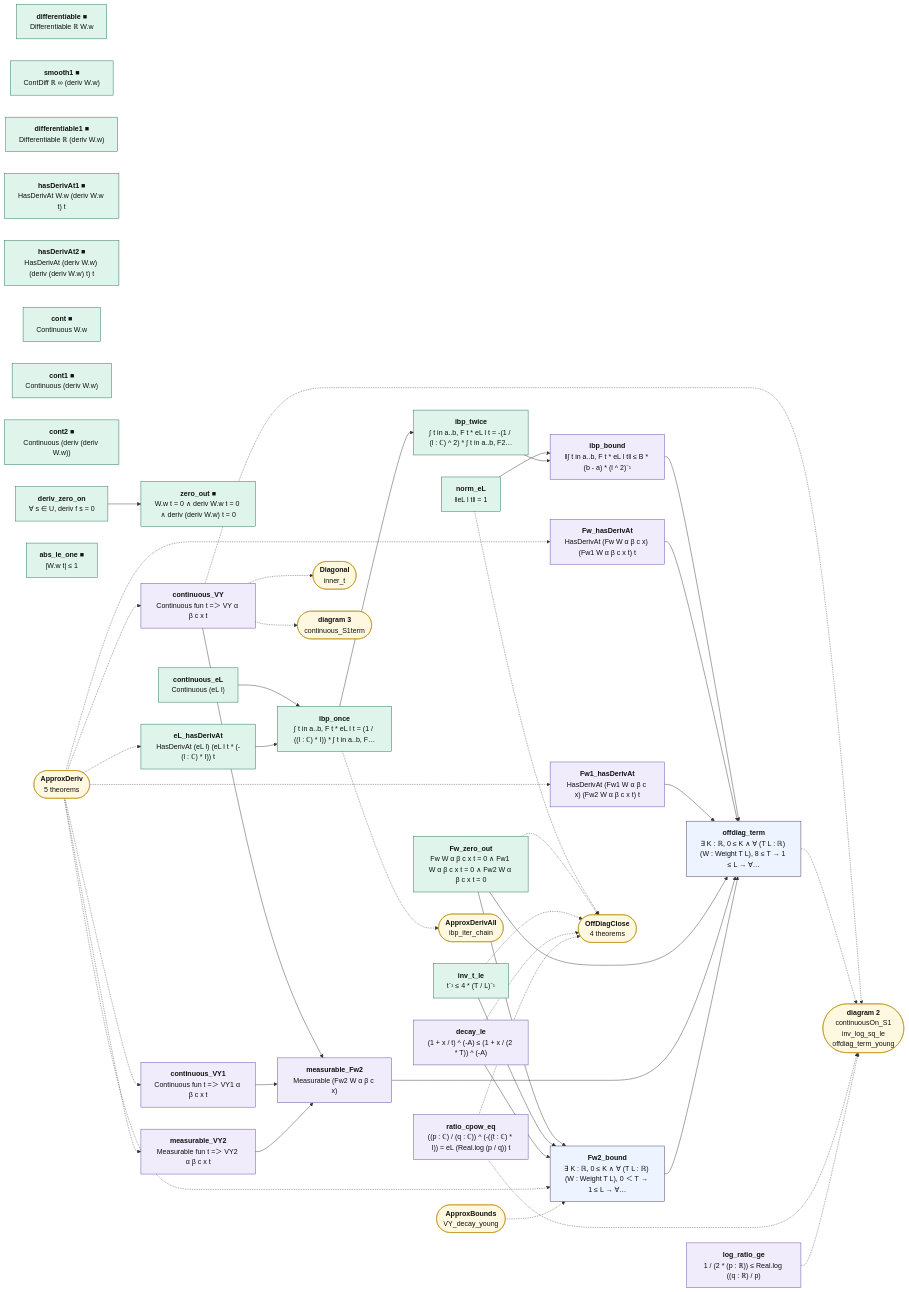
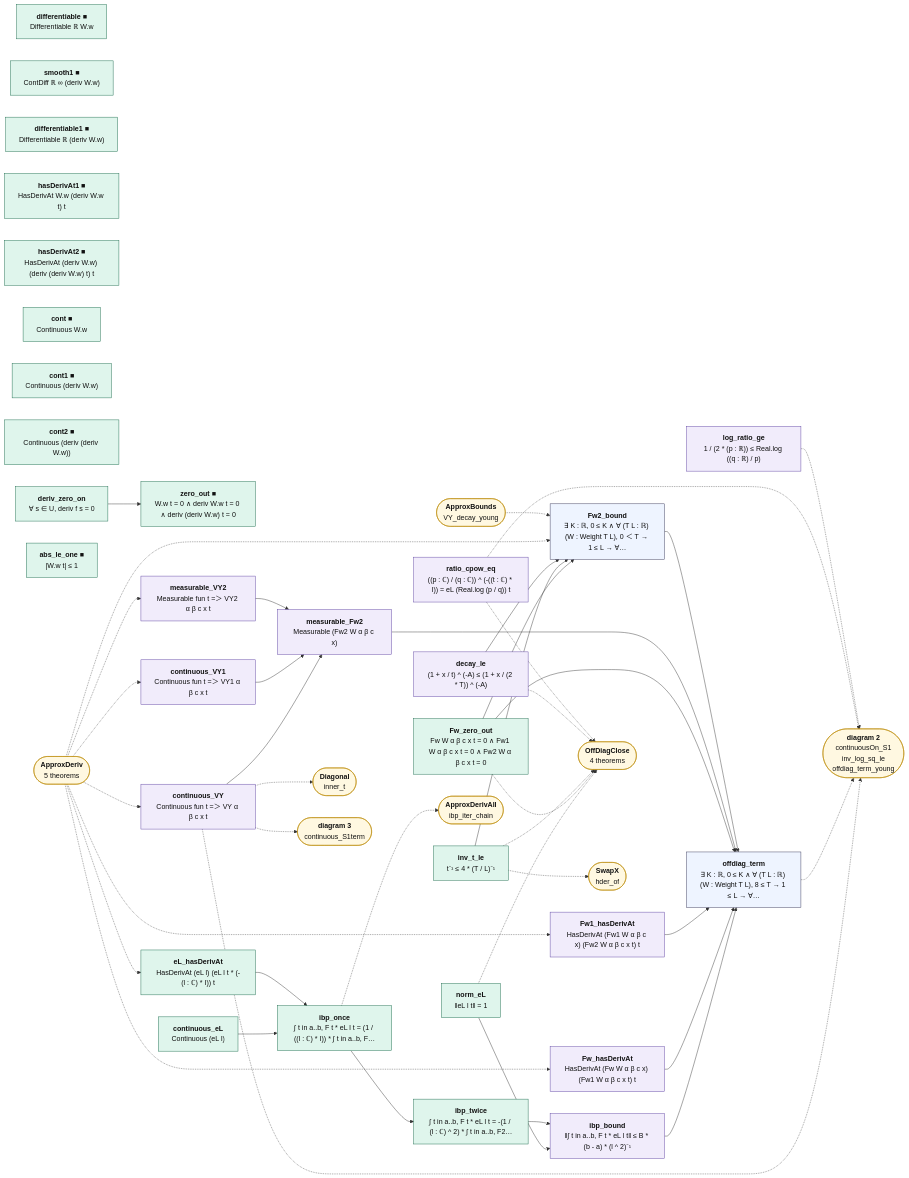
The diagram in map/lean_stage3/TwistedMoment.1.mmd (juliansambranojr/Primebeat_081426), drawn with Mermaid before and after one commit. The commit also changed 25 other files, not shown here.

```diff
--- a/map/lean_stage3/TwistedMoment.1.mmd
+++ b/map/lean_stage3/TwistedMoment.1.mmd
@@ -1,84 +1,86 @@
 flowchart LR
   n0["<b>differentiable ■</b><br/>Differentiable ℝ W.w"]:::cnt
   n1["<b>smooth1 ■</b><br/>ContDiff ℝ ∞ (deriv W.w)"]:::cnt
   n2["<b>differentiable1 ■</b><br/>Differentiable ℝ (deriv W.w)"]:::cnt
   n3["<b>hasDerivAt1 ■</b><br/>HasDerivAt W.w (deriv W.w t) t"]:::cnt
   n4["<b>hasDerivAt2 ■</b><br/>HasDerivAt (deriv W.w) (deriv (deriv W.w) t) t"]:::cnt
   n5["<b>cont ■</b><br/>Continuous W.w"]:::cnt
   n6["<b>cont1 ■</b><br/>Continuous (deriv W.w)"]:::cnt
   n7["<b>cont2 ■</b><br/>Continuous (deriv (deriv W.w))"]:::cnt
   n8["<b>deriv_zero_on</b><br/>∀ s ∈ U, deriv f s = 0"]:::cnt
   n9["<b>zero_out ■</b><br/>W.w t = 0 ∧ deriv W.w t = 0 ∧ deriv (deriv W.w) t = 0"]:::cnt
   n10["<b>abs_le_one ■</b><br/>|W.w t| ≤ 1"]:::cnt
   n11["<b>continuous_eL</b><br/>Continuous (eL l)"]:::cnt
   n12["<b>eL_hasDerivAt</b><br/>HasDerivAt (eL l) (eL l t * (-(l : ℂ) * I)) t"]:::cnt
   n13["<b>norm_eL</b><br/>‖eL l t‖ = 1"]:::cnt
   n14["<b>ibp_once</b><br/>∫ t in a..b, F t * eL l t = (1 / ((l : ℂ) * I)) * ∫ t in a..b, F…"]:::cnt
   n15["<b>ibp_twice</b><br/>∫ t in a..b, F t * eL l t = -(1 / (l : ℂ) ^ 2) * ∫ t in a..b, F2…"]:::cnt
   n16["<b>ibp_bound</b><br/>‖∫ t in a..b, F t * eL l t‖ ≤ B * (b - a) * (l ^ 2)⁻¹"]:::shp
   n17["<b>Fw_hasDerivAt</b><br/>HasDerivAt (Fw W α β c x) (Fw1 W α β c x t) t"]:::shp
   n18["<b>Fw1_hasDerivAt</b><br/>HasDerivAt (Fw1 W α β c x) (Fw2 W α β c x t) t"]:::shp
   n19["<b>Fw_zero_out</b><br/>Fw W α β c x t = 0 ∧ Fw1 W α β c x t = 0 ∧ Fw2 W α β c x t = 0"]:::cnt
   n20["<b>continuous_VY</b><br/>Continuous fun t =＞ VY α β c x t"]:::shp
   n21["<b>continuous_VY1</b><br/>Continuous fun t =＞ VY1 α β c x t"]:::shp
   n22["<b>measurable_VY2</b><br/>Measurable fun t =＞ VY2 α β c x t"]:::shp
   n23["<b>measurable_Fw2</b><br/>Measurable (Fw2 W α β c x)"]:::shp
   n24["<b>inv_t_le</b><br/>t⁻¹ ≤ 4 * (T / L)⁻¹"]:::cnt
   n25["<b>decay_le</b><br/>(1 + x / t) ^ (-A) ≤ (1 + x / (2 * T)) ^ (-A)"]:::shp
   n26["<b>Fw2_bound</b><br/>∃ K : ℝ, 0 ≤ K ∧ ∀ (T L : ℝ) (W : Weight T L), 0 ＜ T → 1 ≤ L → ∀…"]:::thm
   n27["<b>offdiag_term</b><br/>∃ K : ℝ, 0 ≤ K ∧ ∀ (T L : ℝ) (W : Weight T L), 8 ≤ T → 1 ≤ L → ∀…"]:::thm
   n28["<b>ratio_cpow_eq</b><br/>((p : ℂ) / (q : ℂ)) ^ (-((t : ℂ) * I)) = eL (Real.log (p / q)) t"]:::shp
   n29["<b>log_ratio_ge</b><br/>1 / (2 * (p : ℝ)) ≤ Real.log ((q : ℝ) / p)"]:::shp
   x0(["<b>ApproxDeriv</b><br/>5 theorems"]):::ext
   x1(["<b>OffDiagClose</b><br/>4 theorems"]):::ext
   x2(["<b>ApproxDerivAll</b><br/>ibp_iter_chain"]):::ext
   x3(["<b>Diagonal</b><br/>inner_t"]):::ext
   x4(["<b>diagram 2</b><br/>continuousOn_S1<br/>inv_log_sq_le<br/>offdiag_term_young"]):::ext
   x5(["<b>diagram 3</b><br/>continuous_S1term"]):::ext
-  x6(["<b>ApproxBounds</b><br/>VY_decay_young"]):::ext
+  x6(["<b>SwapX</b><br/>hder_of"]):::ext
+  x7(["<b>ApproxBounds</b><br/>VY_decay_young"]):::ext
   n11 --> n14
   n12 --> n14
   n13 --> n16
   n14 --> n15
   n15 --> n16
   n16 --> n27
   n17 --> n27
   n18 --> n27
   n19 --> n26
   n19 --> n27
   n20 --> n23
   n21 --> n23
   n22 --> n23
   n23 --> n27
   n24 --> n26
   n25 --> n26
   n26 --> n27
   n8 --> n9
   n13 -.-> x1
   n14 -.-> x2
   n19 -.-> x1
   n20 -.-> x3
   n20 -.-> x4
   n20 -.-> x5
   n24 -.-> x1
+  n24 -.-> x6
   n25 -.-> x1
   n27 -.-> x4
   n28 -.-> x1
   n28 -.-> x4
   n29 -.-> x4
   x0 -.-> n12
   x0 -.-> n17
   x0 -.-> n18
   x0 -.-> n20
   x0 -.-> n21
   x0 -.-> n22
   x0 -.-> n26
-  x6 -.-> n26
+  x7 -.-> n26
   classDef cnt fill:#dff5ec,stroke:#17694a,color:#111
   classDef shp fill:#f1ecfb,stroke:#5b3fa0,color:#111
   classDef rh fill:#ffe5e5,stroke:#c22,color:#111,stroke-width:2px
   classDef thm fill:#eef4ff,stroke:#335,color:#111
   classDef end_ fill:#e7f7e7,stroke:#2a7,color:#111,stroke-width:2px
   classDef lone fill:#fff,stroke:#999,color:#111,stroke-dasharray:4 3
   classDef bad fill:#ffe5e5,stroke:#c22,color:#111,stroke-width:2px
   classDef ext fill:#fff8e1,stroke:#b80,color:#111
```
